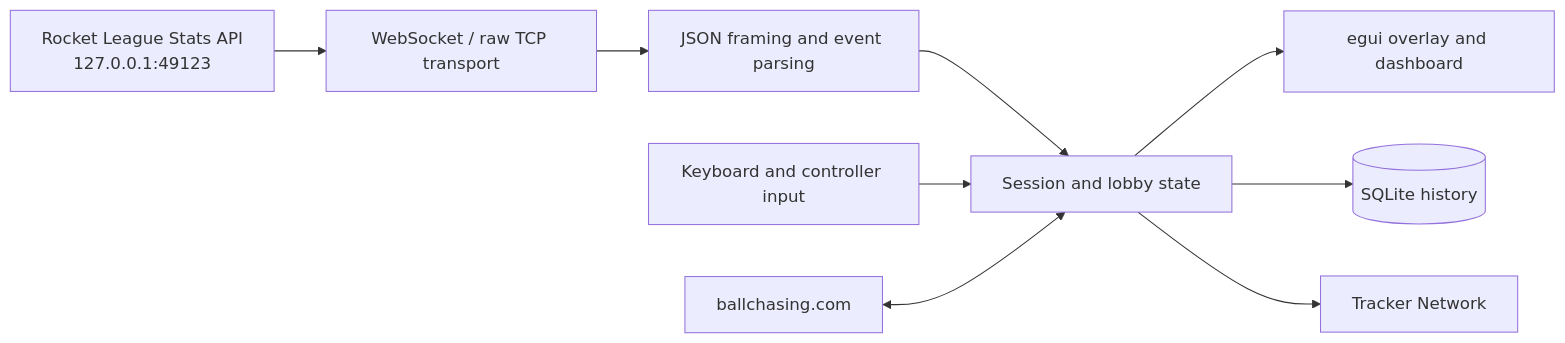
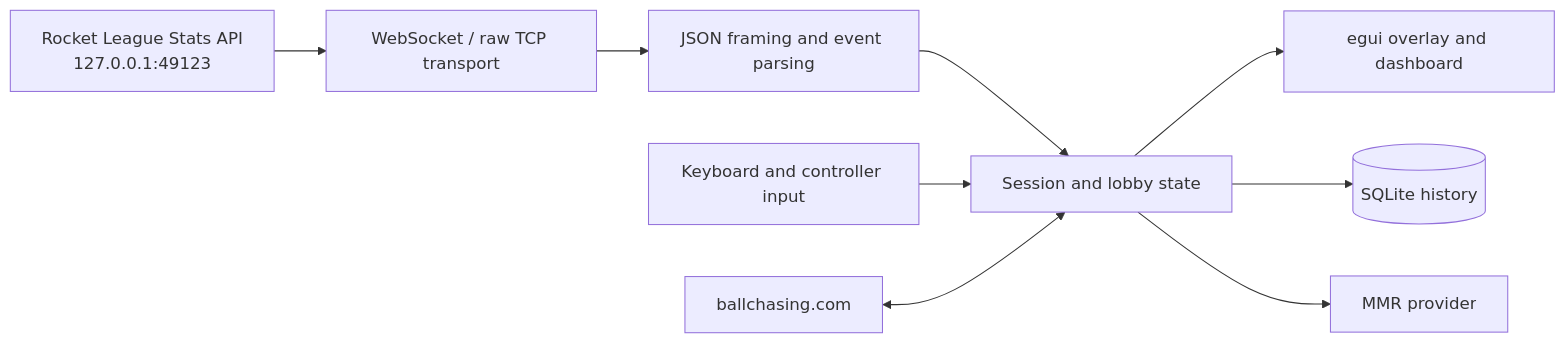
The diagram in docs/architecture.md (Lucashamburguru/RL-Platform-Overlay), drawn with Mermaid before and after one commit. The commit also changed other lines of this file and 30 other files, not shown here.

````diff
--- a/docs/architecture.md
+++ b/docs/architecture.md
@@ -11,19 +11,19 @@
 ```mermaid
 flowchart LR
     RL[Rocket League Stats API<br/>127.0.0.1:49123]
     Transport[WebSocket / raw TCP transport]
     Parser[JSON framing and event parsing]
     Session[Session and lobby state]
     UI[egui overlay and dashboard]
     History[(SQLite history)]
-    Tracker[Tracker Network]
+    MMR[MMR provider]
     Ballchasing[ballchasing.com]
     Input[Keyboard and controller input]
 
     RL --> Transport --> Parser --> Session
     Session --> UI
     Session --> History
-    Session --> Tracker
+    Session --> MMR
     Input --> Session
     Ballchasing <--> Session
 ```
````
